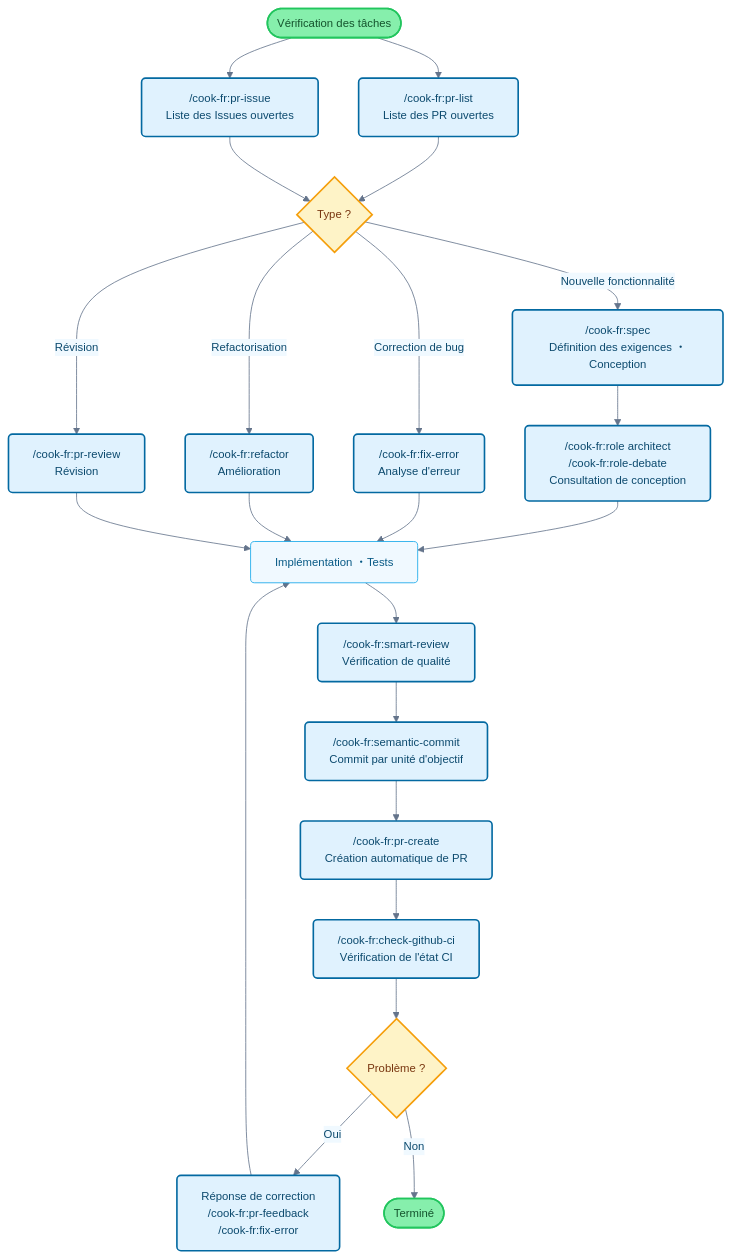
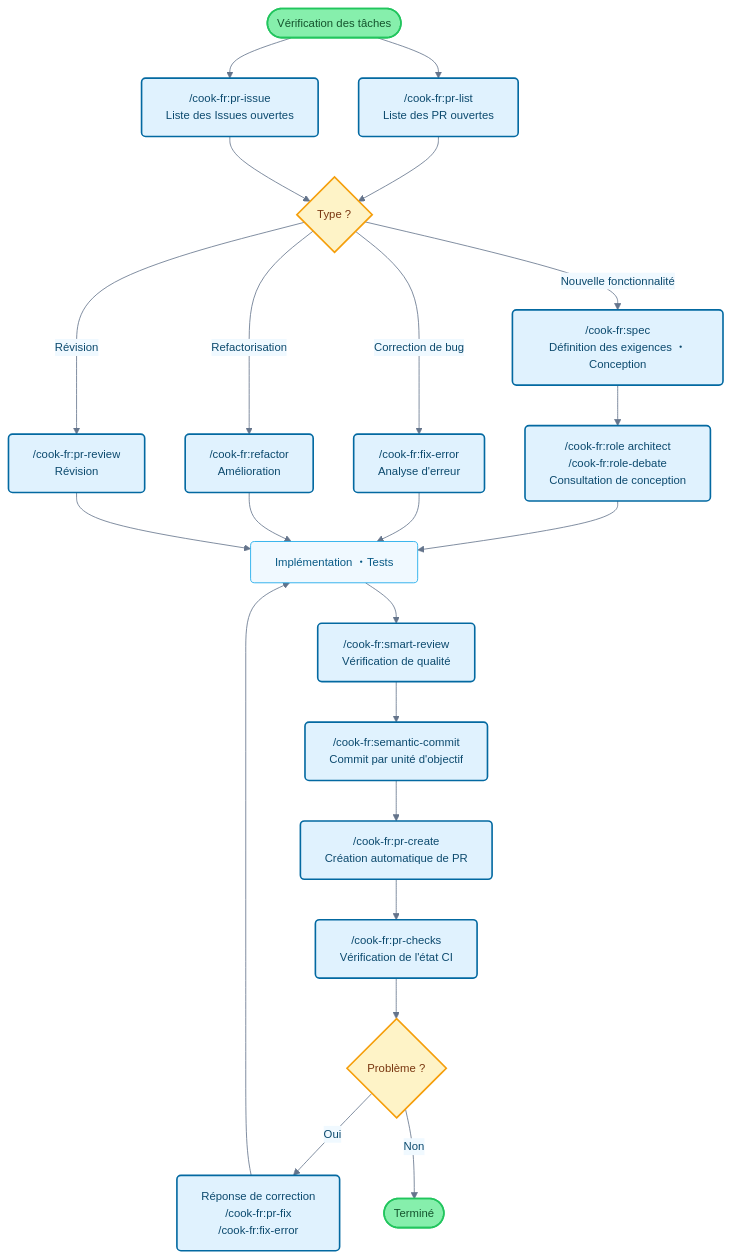
One commit to wasabeef/claude-code-cookbook changed the diagram in plugins/fr/README.md. Above: the diagram before and after it, drawn with Mermaid. The commit also changed other lines of this file and 337 other files, not shown here.

````diff
--- a/plugins/fr/README.md
+++ b/plugins/fr/README.md
@@ -114,42 +114,42 @@
 ```mermaid
 flowchart TB
     Start([Vérification des tâches]) --> PRList["/cook-fr:pr-list<br/>Liste des PR ouvertes"]
     Start --> PRIssue["/cook-fr:pr-issue<br/>Liste des Issues ouvertes"]
 
     PRList --> TaskType{Type ?}
     PRIssue --> TaskType
 
     TaskType -->|Nouvelle fonctionnalité| Plan["/cook-fr:spec<br/>Définition des exigences ・Conception"]
     TaskType -->|Correction de bug| Fix["/cook-fr:fix-error<br/>Analyse d'erreur"]
     TaskType -->|Refactorisation| Refactor["/cook-fr:refactor<br/>Amélioration"]
     TaskType -->|Révision| Review["/cook-fr:pr-review<br/>Révision"]
 
     Plan --> Design["/cook-fr:role architect<br/>/cook-fr:role-debate<br/>Consultation de conception"]
     Design --> Implementation[Implémentation ・Tests]
     Fix --> Implementation
     Refactor --> Implementation
     Review --> Implementation
 
     Implementation --> Check["/cook-fr:smart-review<br/>Vérification de qualité"]
     Check --> Commit["/cook-fr:semantic-commit<br/>Commit par unité d'objectif"]
     Commit --> PR["/cook-fr:pr-create<br/>Création automatique de PR"]
-    PR --> CI["/cook-fr:check-github-ci<br/>Vérification de l'état CI"]
+    PR --> CI["/cook-fr:pr-checks<br/>Vérification de l'état CI"]
 
     CI --> Status{Problème ?}
-    Status -->|Oui| Feedback["Réponse de correction<br/>/cook-fr:pr-feedback<br/>/cook-fr:fix-error"]
+    Status -->|Oui| Feedback["Réponse de correction<br/>/cook-fr:pr-fix<br/>/cook-fr:fix-error"]
     Status -->|Non| End([Terminé])
 
     Feedback --> Implementation
 
     classDef commandBox fill:#e0f2fe,stroke:#0369a1,stroke-width:2px,rx:5,ry:5,color:#0c4a6e
     classDef processBox fill:#f0f9ff,stroke:#0ea5e9,stroke-width:1px,rx:5,ry:5,color:#075985
     classDef decisionBox fill:#fef3c7,stroke:#f59e0b,stroke-width:2px,rx:5,ry:5,color:#78350f
     classDef startEnd fill:#86efac,stroke:#22c55e,stroke-width:2px,rx:20,ry:20,color:#14532d
 
     class PRList,PRIssue,Plan,Fix,Refactor,Review,Design,Check,CI,Commit,PR,Feedback commandBox
     class Implementation processBox
     class TaskType,Status decisionBox
     class Start,End startEnd
 
     %%{init: {'theme':'base', 'themeVariables': { 'primaryColor':'#e0f2fe', 'primaryTextColor':'#0c4a6e', 'primaryBorderColor':'#0369a1', 'lineColor':'#64748b', 'secondaryColor':'#f0f9ff', 'background':'#ffffff', 'mainBkg':'#ffffff', 'fontSize': '14px'}}}%%
 ```
````
